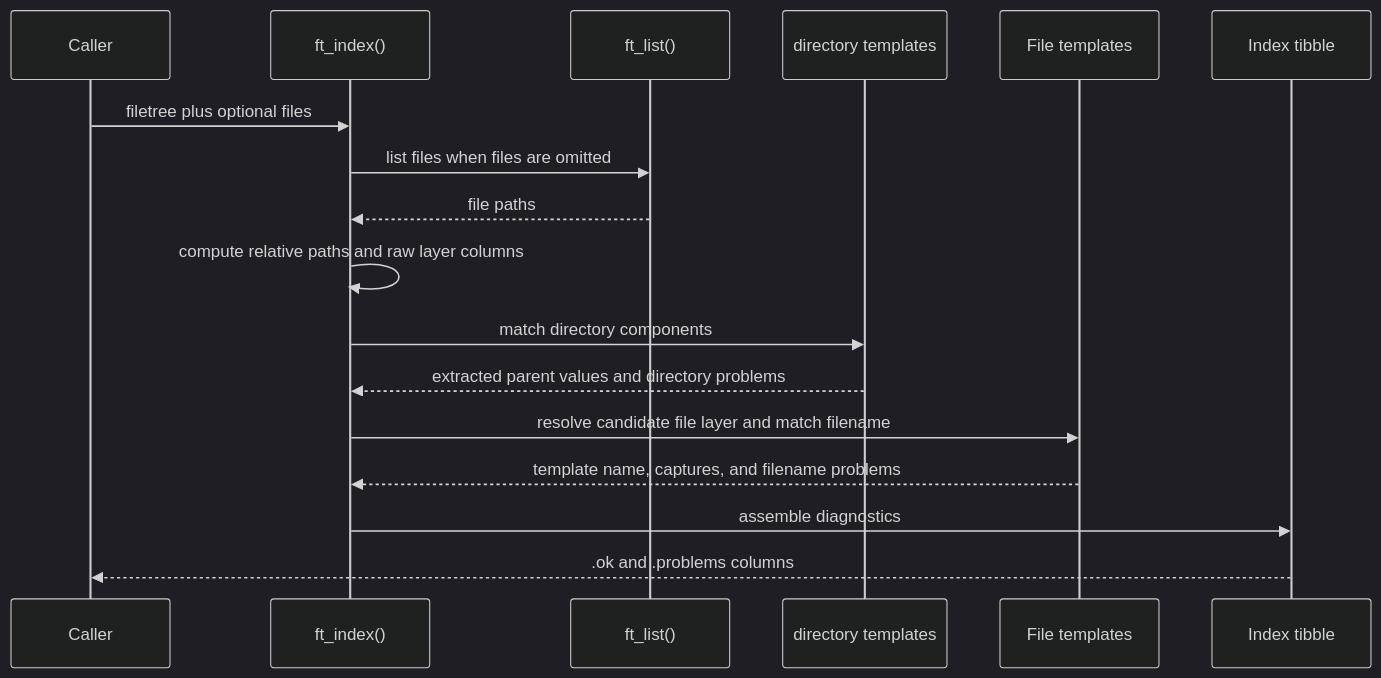
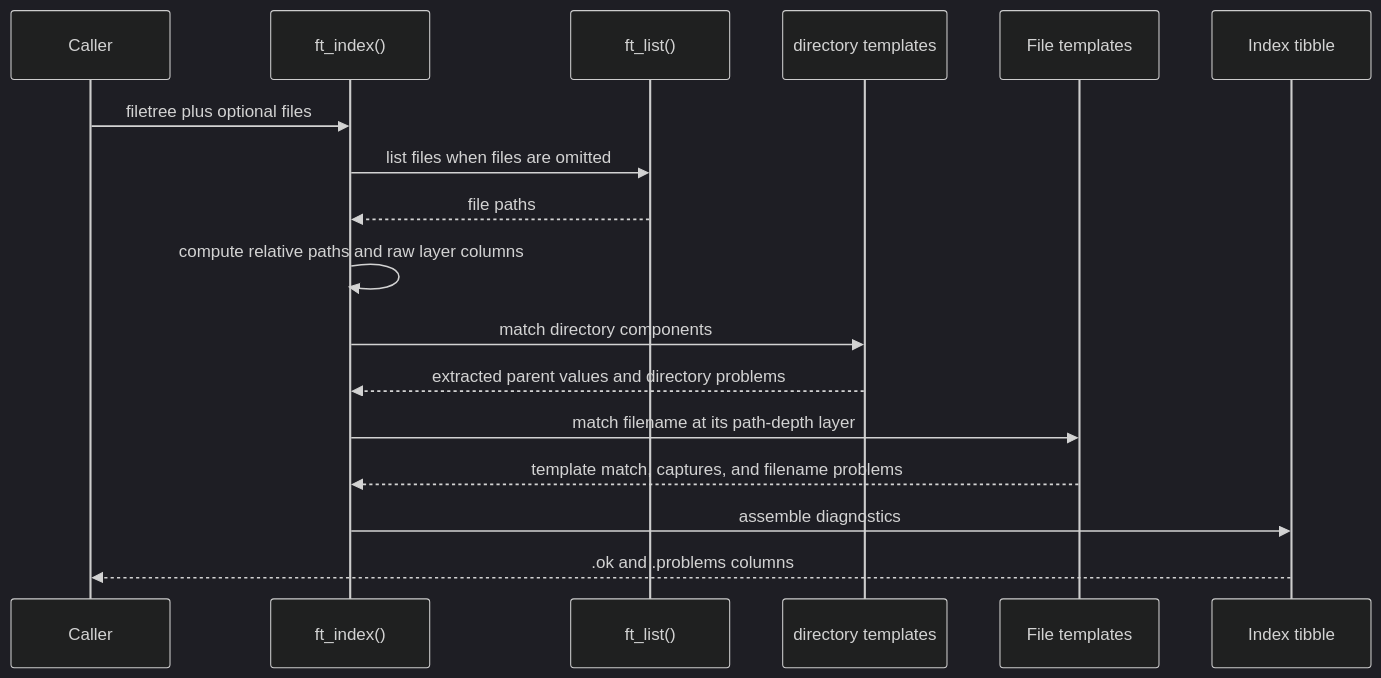
The second of 2 diagrams in inst/overview.md (tjmahr/filetree), drawn with Mermaid (dark theme) before and after one commit. The commit also changed other lines of this file and 8 other files, not shown here.

````diff
--- a/inst/overview.md
+++ b/inst/overview.md
@@ -163,20 +164,20 @@
 ```mermaid
 sequenceDiagram
     participant Caller
     participant Index as ft_index()
     participant FS as ft_list()
     participant Dir as directory templates
     participant File as File templates
     participant Tibble as Index tibble
 
     Caller->>Index: filetree plus optional files
     Index->>FS: list files when files are omitted
     FS-->>Index: file paths
     Index->>Index: compute relative paths and raw layer columns
     Index->>Dir: match directory components
     Dir-->>Index: extracted parent values and directory problems
-    Index->>File: resolve candidate file layer and match filename
-    File-->>Index: template name, captures, and filename problems
+    Index->>File: match filename at its path-depth layer
+    File-->>Index: template match, captures, and filename problems
     Index->>Tibble: assemble diagnostics
     Tibble-->>Caller: .ok and .problems columns
 ```
````
